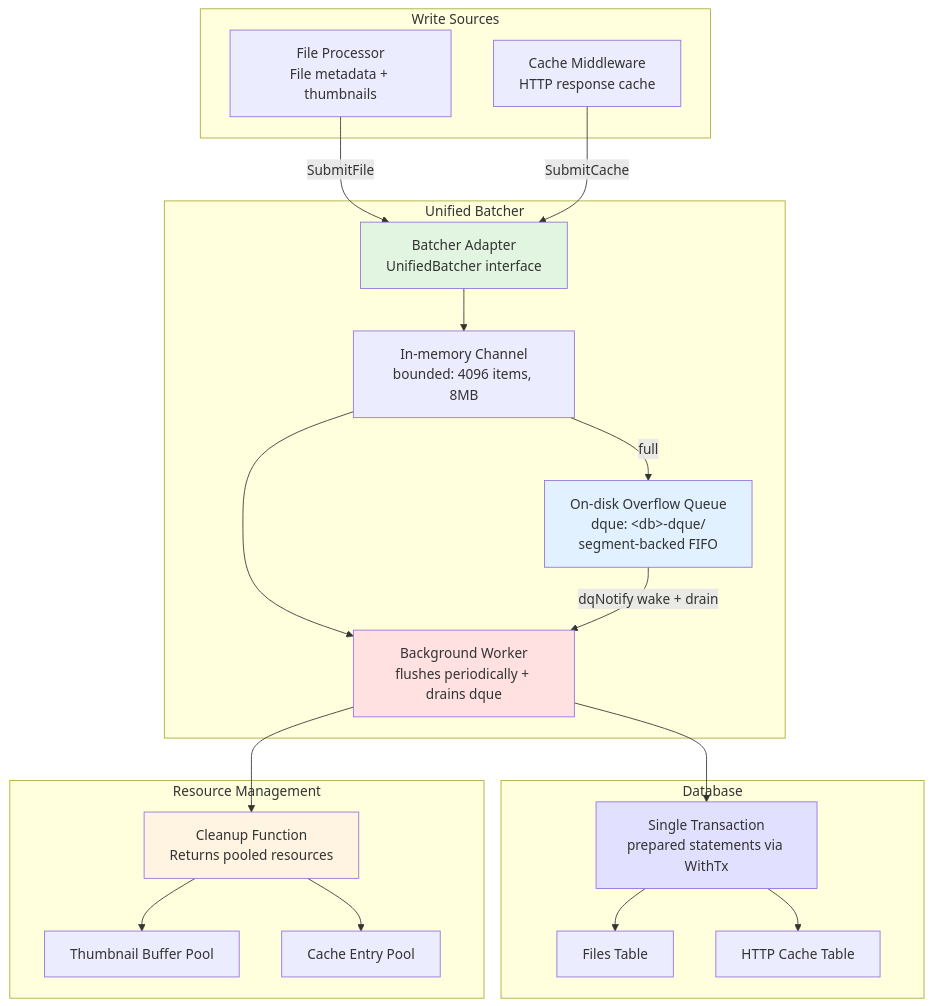
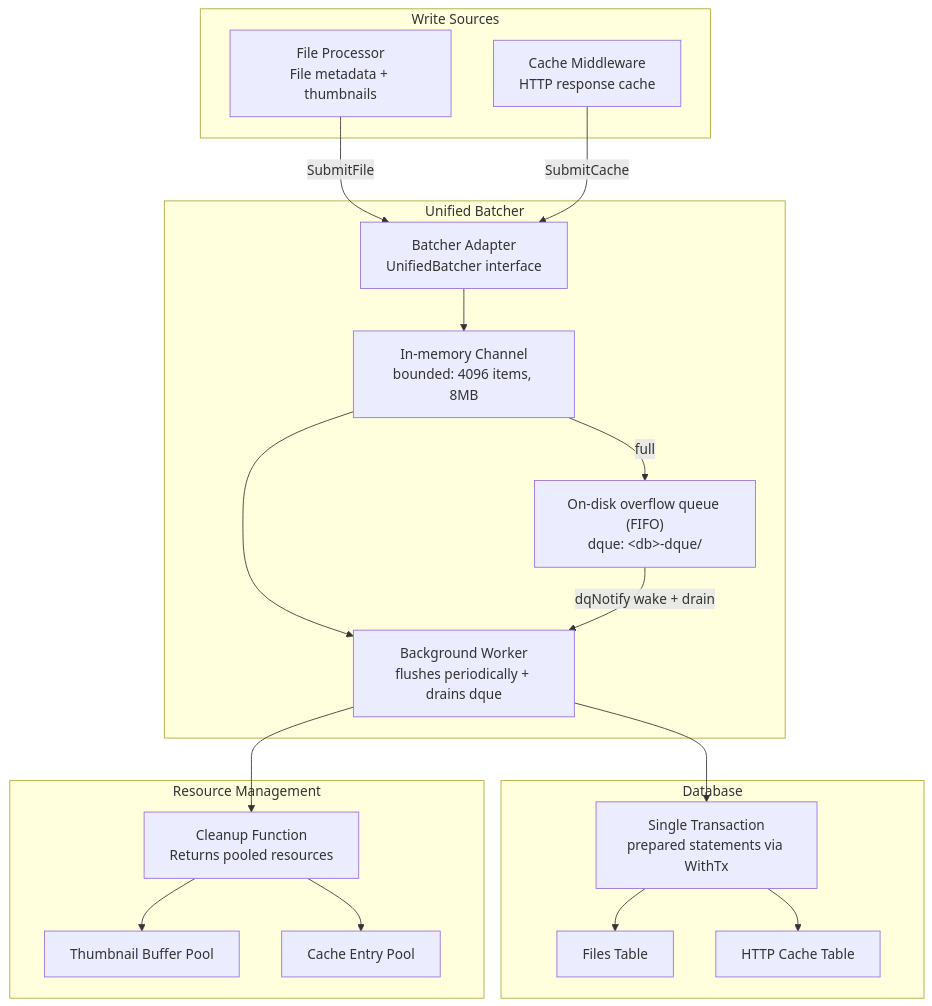
The fifth of 9 diagrams in docs/diagrams/ARCHITECTURE_DIAGRAMS.md (lbe/sfpg-go), drawn with Mermaid before and after one commit. The commit also changed other lines of this file and 275 other files, not shown here.

````diff
--- a/docs/diagrams/ARCHITECTURE_DIAGRAMS.md
+++ b/docs/diagrams/ARCHITECTURE_DIAGRAMS.md
@@ -198,48 +257,42 @@
 ```mermaid
 graph TB
     subgraph "Write Sources"
         FileProc[File Processor<br/>File metadata + thumbnails]
         CacheMW[Cache Middleware<br/>HTTP response cache]
     end
 
     subgraph "Unified Batcher"
         Adapter[Batcher Adapter<br/>UnifiedBatcher interface]
         Channel[In-memory Channel<br/>bounded: 4096 items, 8MB]
-        DQue["On-disk Overflow Queue<br/>dque: &lt;db&gt;-dque/<br/>segment-backed FIFO"]
+        DQue["On-disk overflow queue (FIFO)<br/>dque: &lt;db&gt;-dque/"]
         Worker[Background Worker<br/>flushes periodically + drains dque]
     end
 
     subgraph "Database"
         Tx[Single Transaction<br/>prepared statements via WithTx]
         Files[Files Table]
         Cache[HTTP Cache Table]
     end
 
     subgraph "Resource Management"
         Cleanup[Cleanup Function<br/>Returns pooled resources]
         ThumbnailPool[Thumbnail Buffer Pool]
         CachePool[Cache Entry Pool]
     end
 
     FileProc -->|SubmitFile| Adapter
     CacheMW -->|SubmitCache| Adapter
 
     Adapter --> Channel
     Channel -->|full| DQue
     Channel --> Worker
     DQue -->|dqNotify wake + drain| Worker
 
     Worker --> Tx
     Tx --> Files
     Tx --> Cache
 
     Worker --> Cleanup
     Cleanup --> ThumbnailPool
     Cleanup --> CachePool
-
-    style Adapter fill:#e1f5e1
-    style Worker fill:#ffe1e1
-    style Tx fill:#e1e1ff
-    style DQue fill:#e1f1ff
-    style Cleanup fill:#fff4e1
 ```
````
